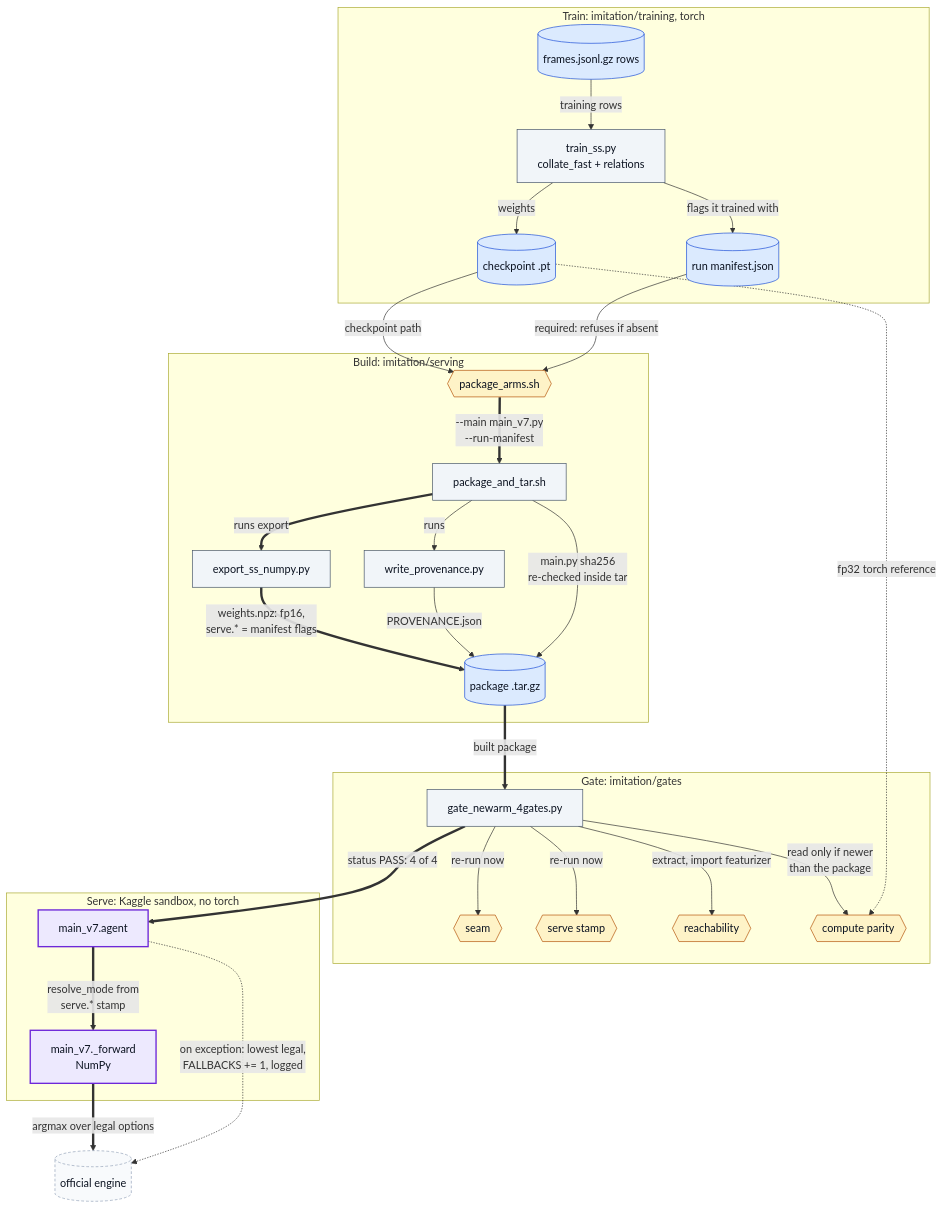
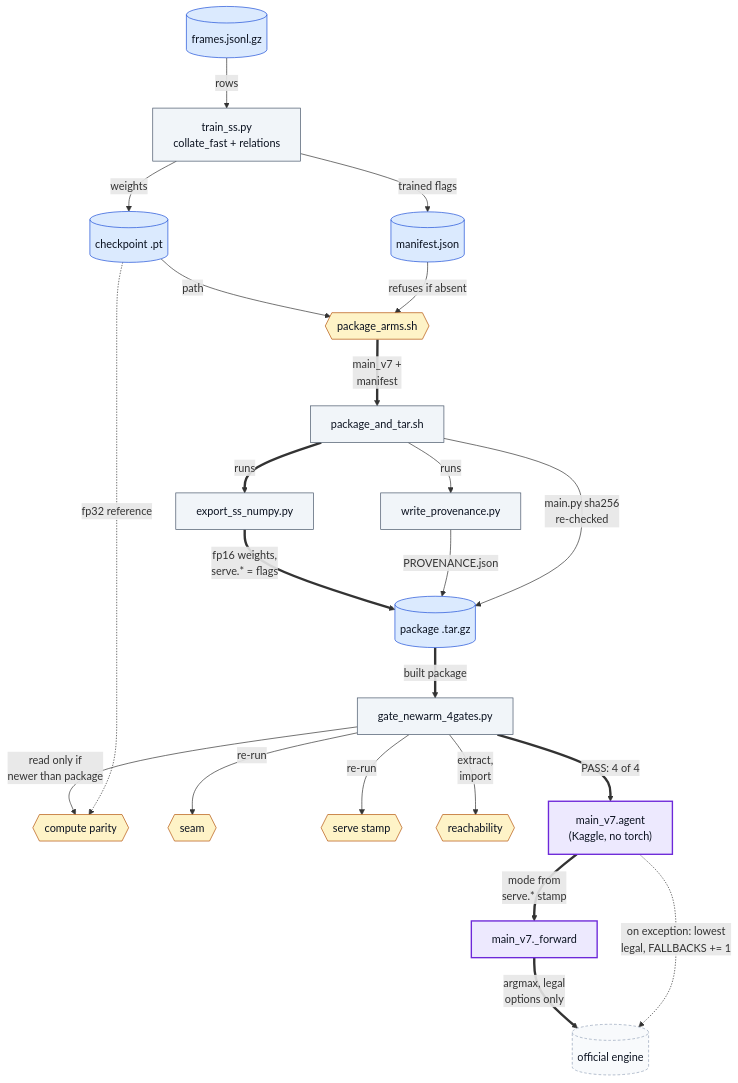
The third of 3 diagrams in README.md (oscar-chw/ptcg-ai-battle), drawn with Mermaid before and after one commit. The commit also changed other lines of this file and 2 other files, not shown here.

Commit message:
docs: make diagrams legible at README width

````diff
--- a/README.md
+++ b/README.md
@@ -261,61 +257,53 @@
 ```mermaid
 flowchart TB
-  subgraph TRAIN["Train: imitation/training, torch"]
-    DATA[("frames.jsonl.gz rows")]
-    TR["train_ss.py<br/>collate_fast + relations"]
-    CK[("checkpoint .pt")]
-    MAN[("run manifest.json")]
-  end
-  subgraph BUILD["Build: imitation/serving"]
-    PA{{"package_arms.sh"}}
-    PT["package_and_tar.sh"]
-    EX["export_ss_numpy.py"]
-    PROV["write_provenance.py"]
-    TAR[("package .tar.gz")]
-  end
-  subgraph GATE["Gate: imitation/gates"]
-    ALL["gate_newarm_4gates.py"]
-    SEAM{{"seam"}}
-    STAMP{{"serve stamp"}}
-    REACH{{"reachability"}}
-    PAR{{"compute parity"}}
-  end
-  subgraph SANDBOX["Serve: Kaggle sandbox, no torch"]
-    AG["main_v7.agent"]
-    FWD["main_v7._forward<br/>NumPy"]
-  end
+  DATA[("frames.jsonl.gz")]
+  TR["train_ss.py<br/>collate_fast + relations"]
+  CK[("checkpoint .pt")]
+  MAN[("manifest.json")]
+  PA{{"package_arms.sh"}}
+  PT["package_and_tar.sh"]
+  EX["export_ss_numpy.py"]
+  PROV["write_provenance.py"]
+  TAR[("package .tar.gz")]
+  ALL["gate_newarm_4gates.py"]
+  PAR{{"compute parity"}}
+  SEAM{{"seam"}}
+  STAMP{{"serve stamp"}}
+  REACH{{"reachability"}}
+  AG["main_v7.agent<br/>(Kaggle, no torch)"]
+  FWD["main_v7._forward"]
   ENG[("official engine")]
-  DATA -->|"training rows"| TR
+  DATA -->|"rows"| TR
   TR -->|"weights"| CK
-  TR -->|"flags it trained with"| MAN
-  CK -->|"checkpoint path"| PA
-  MAN -->|"required: refuses if absent"| PA
-  PA ==>|"--main main_v7.py<br/>--run-manifest"| PT
-  PT ==>|"runs export"| EX
-  EX ==>|"weights.npz: fp16,<br/>serve.* = manifest flags"| TAR
+  TR -->|"trained flags"| MAN
+  CK -->|"path"| PA
+  MAN -->|"refuses if absent"| PA
+  PA ==>|"main_v7 +<br/>manifest"| PT
+  PT ==>|"runs"| EX
+  EX ==>|"fp16 weights,<br/>serve.* = flags"| TAR
   PT -->|"runs"| PROV
   PROV -->|"PROVENANCE.json"| TAR
-  PT -->|"main.py sha256<br/>re-checked inside tar"| TAR
+  PT -->|"main.py sha256<br/>re-checked"| TAR
   TAR ==>|"built package"| ALL
-  ALL -->|"re-run now"| SEAM
-  ALL -->|"re-run now"| STAMP
-  ALL -->|"extract, import featurizer"| REACH
-  ALL -->|"read only if newer<br/>than the package"| PAR
-  CK -.->|"fp32 torch reference"| PAR
-  ALL ==>|"status PASS: 4 of 4"| AG
-  AG ==>|"resolve_mode from<br/>serve.* stamp"| FWD
-  FWD ==>|"argmax over legal options"| ENG
-  AG -.->|"on exception: lowest legal,<br/>FALLBACKS += 1, logged"| ENG
+  ALL -->|"read only if<br/>newer than package"| PAR
+  ALL -->|"re-run"| SEAM
+  ALL -->|"re-run"| STAMP
+  ALL -->|"extract,<br/>import"| REACH
+  CK -.->|"fp32 reference"| PAR
+  ALL ==>|"PASS: 4 of 4"| AG
+  AG ==>|"mode from<br/>serve.* stamp"| FWD
+  FWD ==>|"argmax, legal<br/>options only"| ENG
+  AG -.->|"on exception: lowest<br/>legal, FALLBACKS += 1"| ENG
 
   classDef data fill:#dbeafe,stroke:#1d4ed8,color:#0b1220
   classDef step fill:#f1f5f9,stroke:#475569,color:#0b1220
   classDef gate fill:#fef3c7,stroke:#b45309,color:#0b1220
   classDef out  fill:#dcfce7,stroke:#15803d,color:#0b1220
   classDef ext  fill:#f8fafc,stroke:#94a3b8,color:#0b1220,stroke-dasharray:4 3
   classDef key  fill:#ede9fe,stroke:#6d28d9,color:#0b1220,stroke-width:2px
   class DATA,CK,MAN,TAR data
   class TR,PT,EX,PROV,ALL step
   class PA,SEAM,STAMP,REACH,PAR gate
   class AG,FWD key
   class ENG ext
 ```
````
